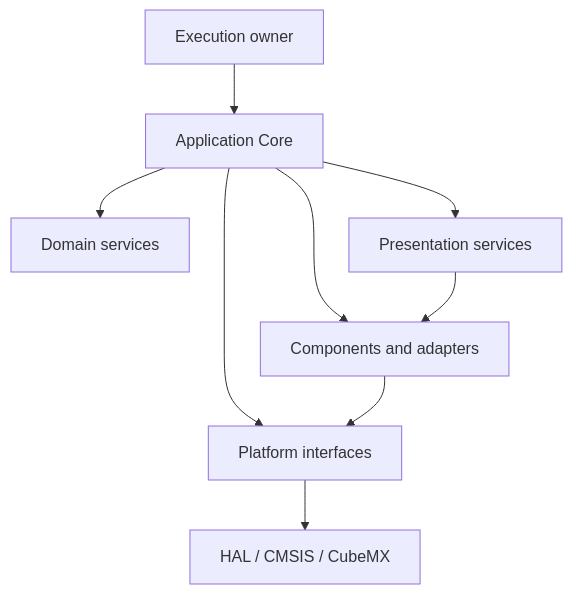
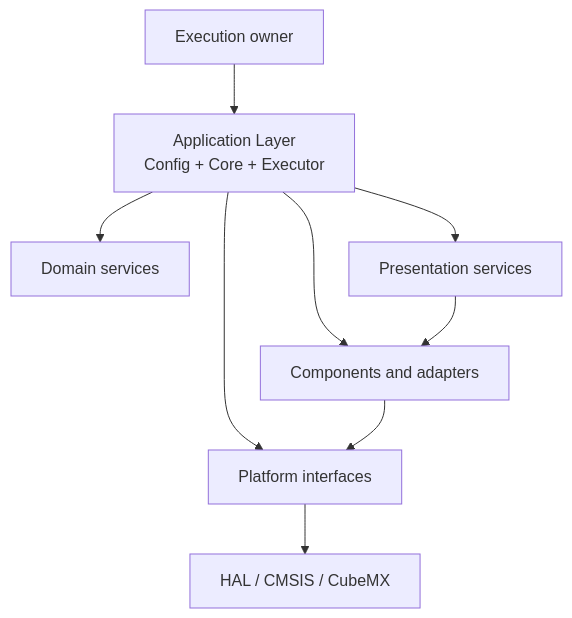
The diagram in README.md (JP-REY/STM32F103C8T6-Based-Electronic-Lock), drawn with Mermaid before and after one commit. The commit also changed other lines of this file and 12 other files, not shown here.

First line of the commit message:
refactor(app): separate configuration and action execution from core

```diff
--- a/README.md
+++ b/README.md
@@ -168,19 +171,19 @@
 ~~~mermaid
 flowchart TB
     MAIN["Execution owner"]
-    APP["Application Core"]
+    APP["Application Layer<br/>Config + Core + Executor"]
     DOMAIN["Domain services"]
     UI["Presentation services"]
     COMPONENTS["Components and adapters"]
     PLATFORM["Platform interfaces"]
     HAL["HAL / CMSIS / CubeMX"]
 
     MAIN --> APP
     APP --> DOMAIN
     APP --> UI
     APP --> COMPONENTS
     APP --> PLATFORM
     UI --> COMPONENTS
     COMPONENTS --> PLATFORM
     PLATFORM --> HAL
 ~~~
```
